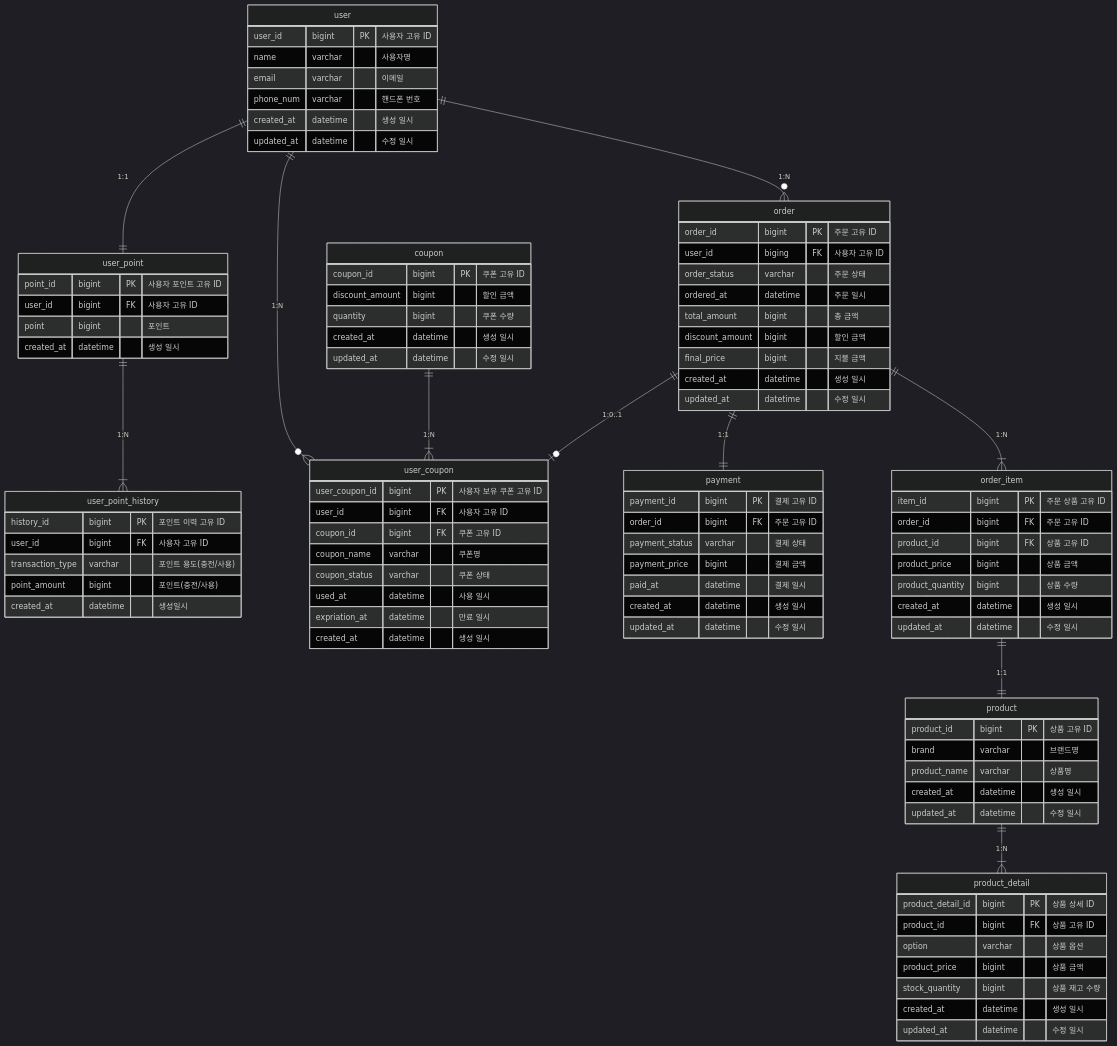
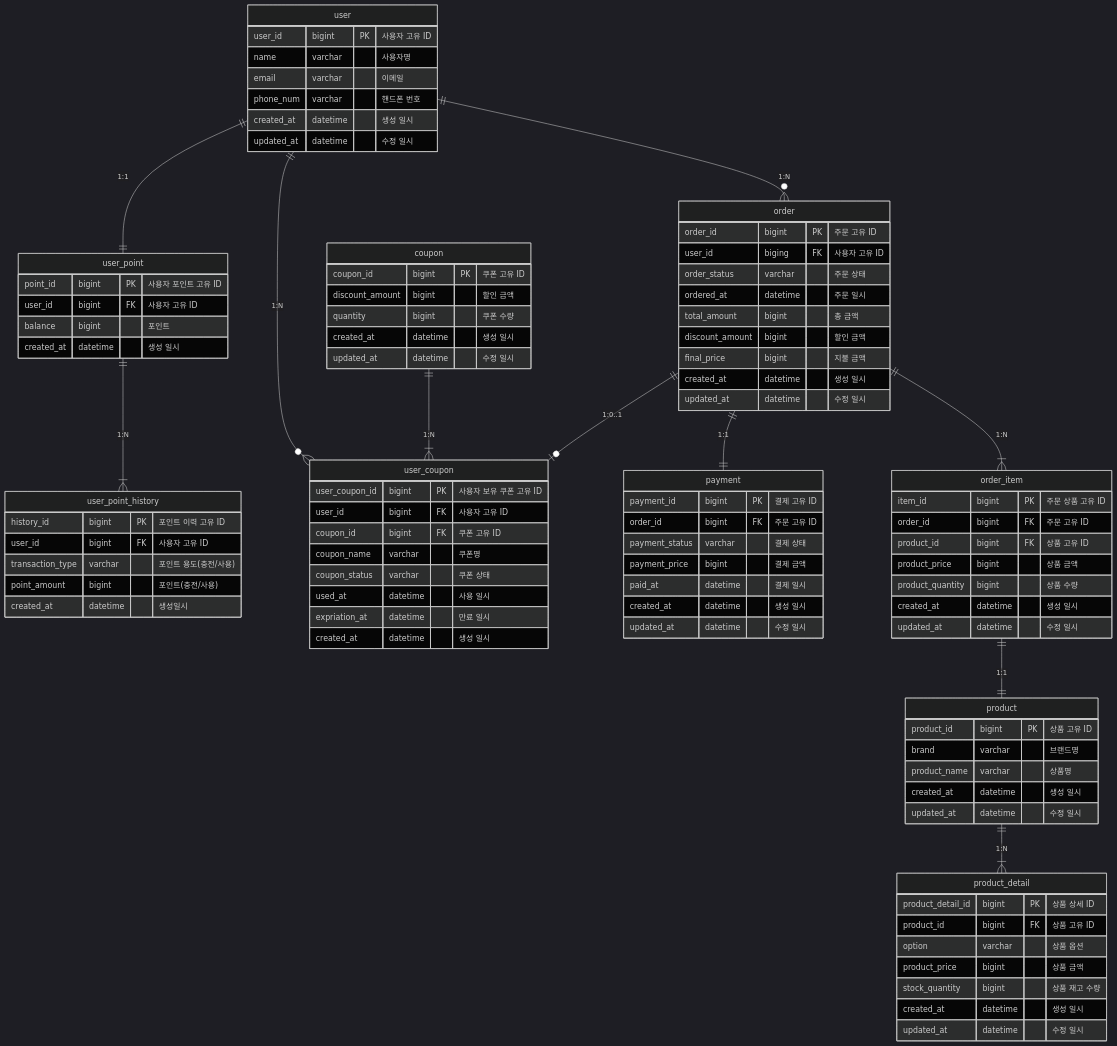
The diagram in docs/erd.md (Ssoyoung-J/e-commerce-service), drawn with Mermaid (dark theme) before and after one commit. The commit also changed 12 other files, not shown here.

```diff
--- a/docs/erd.md
+++ b/docs/erd.md
@@ -26,7 +26,7 @@
     user_point {
         point_id bigint PK "사용자 포인트 고유 ID"
         user_id bigint FK "사용자 고유 ID"
-        point bigint "포인트"
+        balance bigint "포인트"
         created_at datetime "생성 일시"
     }
 
```
